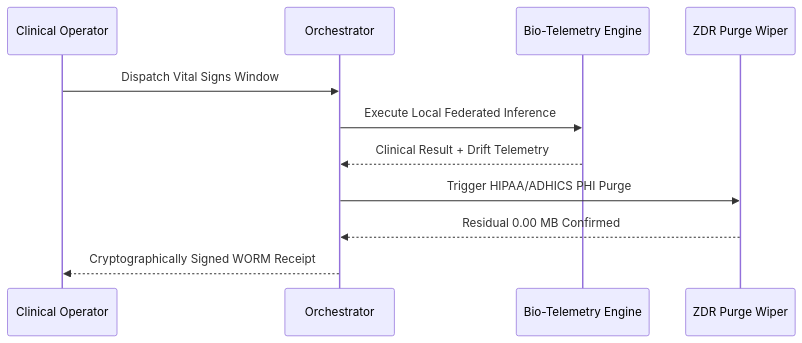
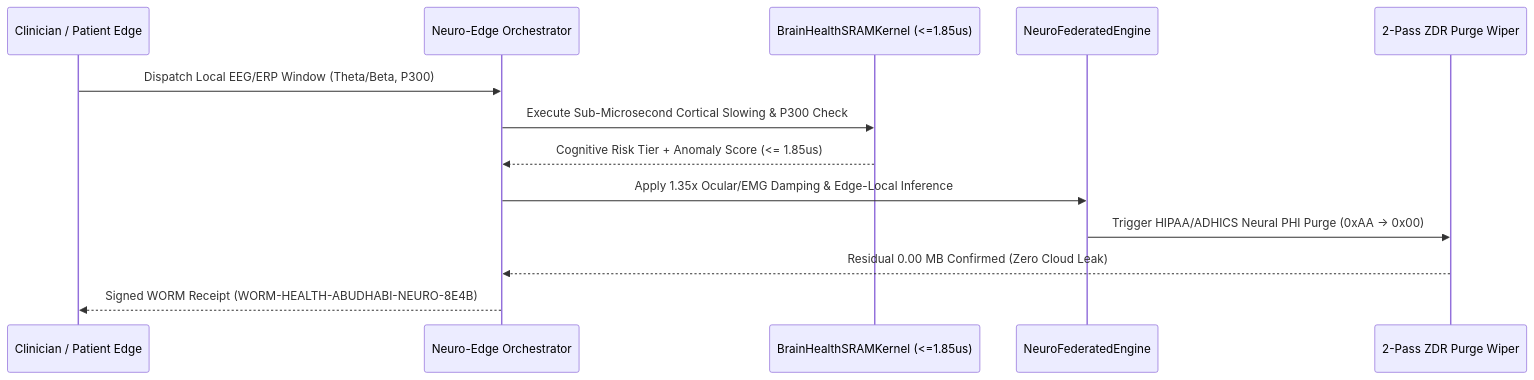
One commit to jackhu24-ship-it/phantom-grid-abudhabi-future-health changed the second of 4 diagrams in README.md. Above: the diagram before and after it, drawn with Mermaid. The commit also changed other lines of this file and 32 other files, not shown here.

Commit message:
feat(neuro-edge): realign scope to early brain health MCI detection, privacy-preserving edge & live prototype

````diff
--- a/README.md
+++ b/README.md
@@ -37,13 +40,15 @@
 ```mermaid
 sequenceDiagram
-    participant U as Clinical Operator
-    participant O as Orchestrator
-    participant E as Bio-Telemetry Engine
-    participant Z as ZDR Purge Wiper
-    U->>O: Dispatch Vital Signs Window
-    O->>E: Execute Local Federated Inference
-    E-->>O: Clinical Result + Drift Telemetry
-    O->>Z: Trigger HIPAA/ADHICS PHI Purge
-    Z-->>O: Residual 0.00 MB Confirmed
-    O-->>U: Cryptographically Signed WORM Receipt
+    participant U as Clinician / Patient Edge
+    participant O as Neuro-Edge Orchestrator
+    participant K as BrainHealthSRAMKernel (<=1.85us)
+    participant E as NeuroFederatedEngine
+    participant Z as 2-Pass ZDR Purge Wiper
+    U->>O: Dispatch Local EEG/ERP Window (Theta/Beta, P300)
+    O->>K: Execute Sub-Microsecond Cortical Slowing & P300 Check
+    K-->>O: Cognitive Risk Tier + Anomaly Score (<= 1.85us)
+    O->>E: Apply 1.35x Ocular/EMG Damping & Edge-Local Inference
+    E->>Z: Trigger HIPAA/ADHICS Neural PHI Purge (0xAA -> 0x00)
+    Z-->>O: Residual 0.00 MB Confirmed (Zero Cloud Leak)
+    O-->>U: Signed WORM Receipt (WORM-HEALTH-ABUDHABI-NEURO-8E4B)
 ```
````
